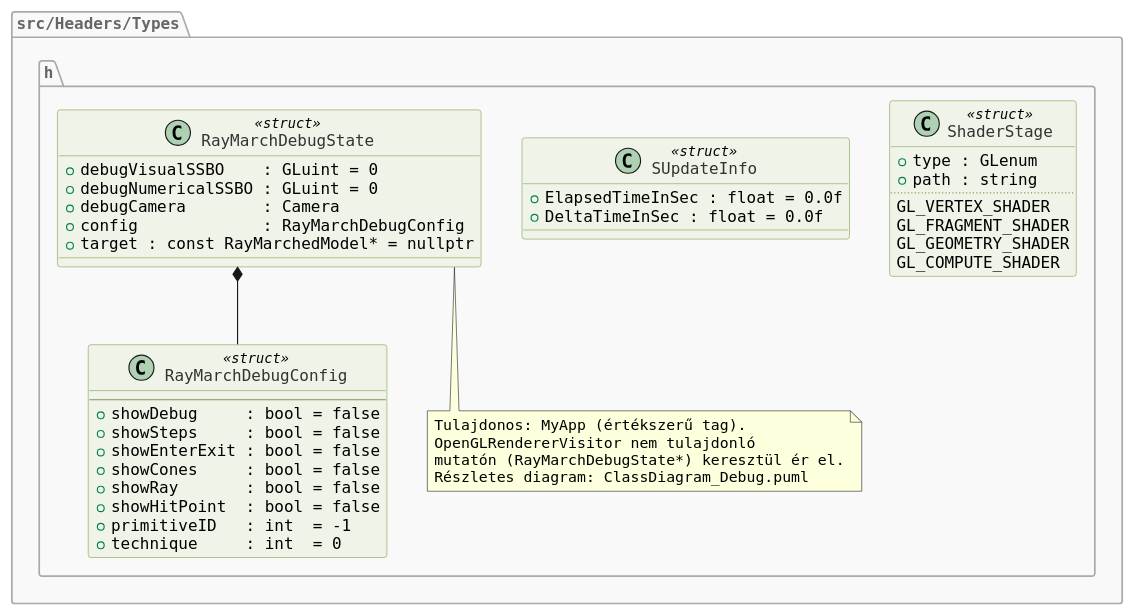
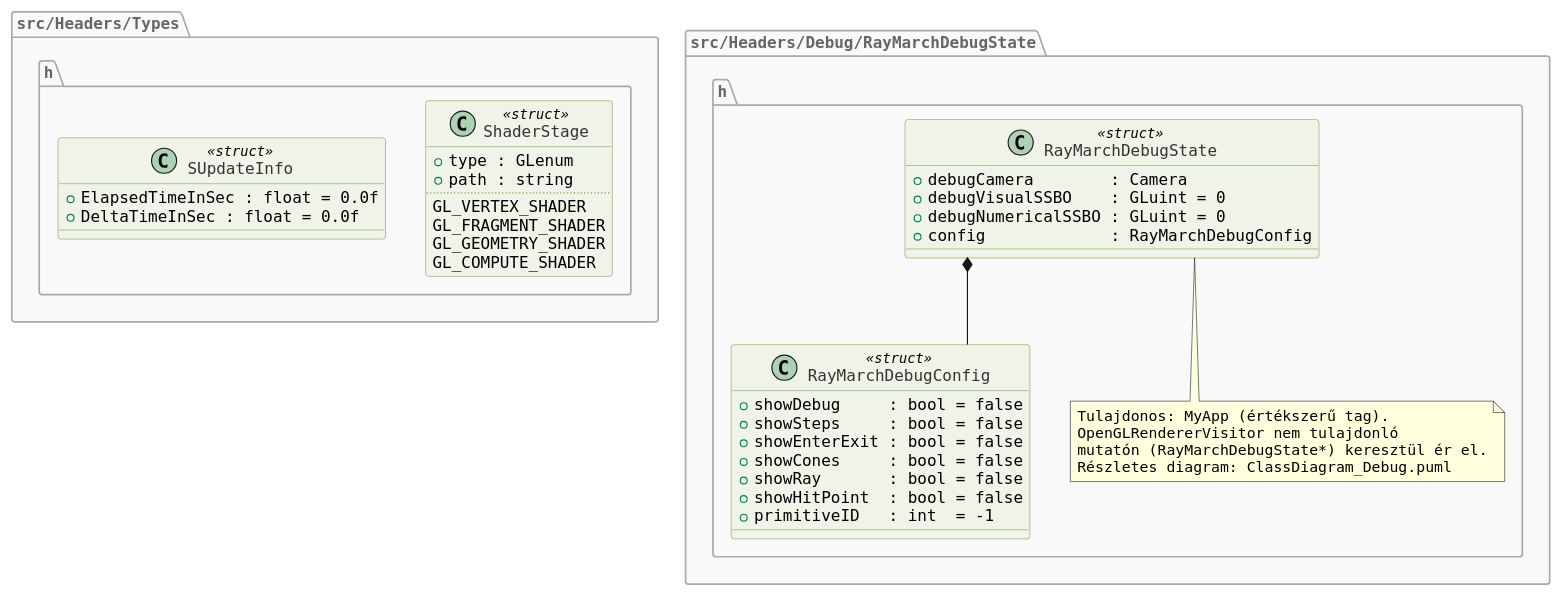
Before and after one commit to bbalazs2002/ConeStepMapping_thesis: the diagram in docs/diagrams/ClassDiagram_Types.puml, drawn with PlantUML. The commit also changed 26 other files, not shown here.

First line of the commit message:
Add class diagram for Managers module in Draw.io format

```diff
--- a/docs/diagrams/ClassDiagram_Types.puml
+++ b/docs/diagrams/ClassDiagram_Types.puml
@@ -1,66 +1,64 @@
 @startuml ClassDiagram_Types
 skinparam defaultFontName Monospaced
 skinparam shadowing false
 skinparam linetype ortho
 skinparam packageBackgroundColor #f9f9f9
 skinparam packageBorderColor #aaaaaa
 skinparam packageFontColor #666666
 skinparam packageFontStyle bold
 skinparam class {
   BackgroundColor<<struct>> #f0f4e8
   BorderColor<<struct>>     #7a9a4a
   FontColor<<struct>>       #333333
   BackgroundColor<<gpu>>    #fdebd0
   BorderColor<<gpu>>        #ca6f1e
   FontColor<<gpu>>          #333333
 }
 
 package "src/Headers/Types.h" {
 
   class ShaderStage <<struct>> {
     + type : GLenum
     + path : string
     ..
     GL_VERTEX_SHADER
     GL_FRAGMENT_SHADER
     GL_GEOMETRY_SHADER
     GL_COMPUTE_SHADER
   }
 
   class SUpdateInfo <<struct>> {
     + ElapsedTimeInSec : float = 0.0f
     + DeltaTimeInSec : float = 0.0f
   }
+}
+
+package "src/Headers/Debug/RayMarchDebugState.h" {
 
   class RayMarchDebugConfig <<struct>> {
-    ' Phase 11 — nincs std430 layout-kényszer
-    --
     + showDebug     : bool = false
     + showSteps     : bool = false
     + showEnterExit : bool = false
     + showCones     : bool = false
     + showRay       : bool = false
     + showHitPoint  : bool = false
     + primitiveID   : int  = -1
-    + technique     : int  = 0
-    ' renderer frissíti GetTechniqueID()-vel
   }
 
   class RayMarchDebugState <<struct>> {
+    + debugCamera        : Camera
     + debugVisualSSBO    : GLuint = 0
     + debugNumericalSSBO : GLuint = 0
-    + debugCamera        : Camera
     + config             : RayMarchDebugConfig
-    + target : const RayMarchedModel* = nullptr
   }
 
   note bottom of RayMarchDebugState
     Tulajdonos: MyApp (értékszerű tag).
     OpenGLRendererVisitor nem tulajdonló
     mutatón (RayMarchDebugState*) keresztül ér el.
     Részletes diagram: ClassDiagram_Debug.puml
   end note
 }
 
 RayMarchDebugState *-- RayMarchDebugConfig
 @enduml
```
